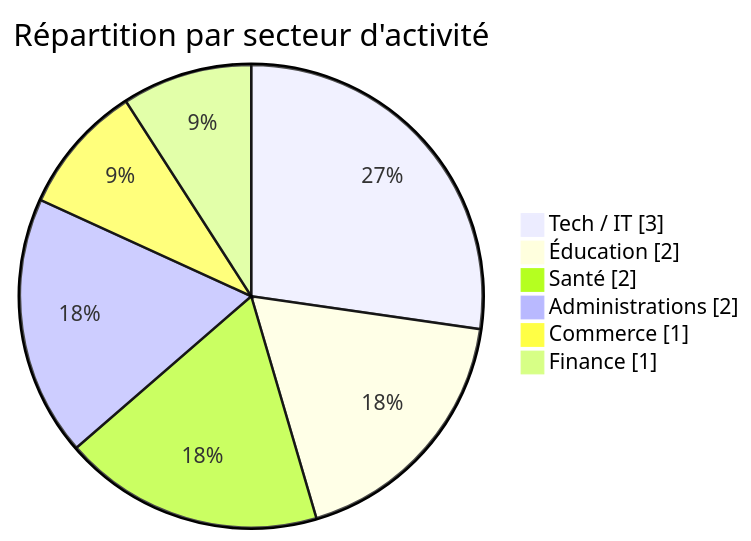
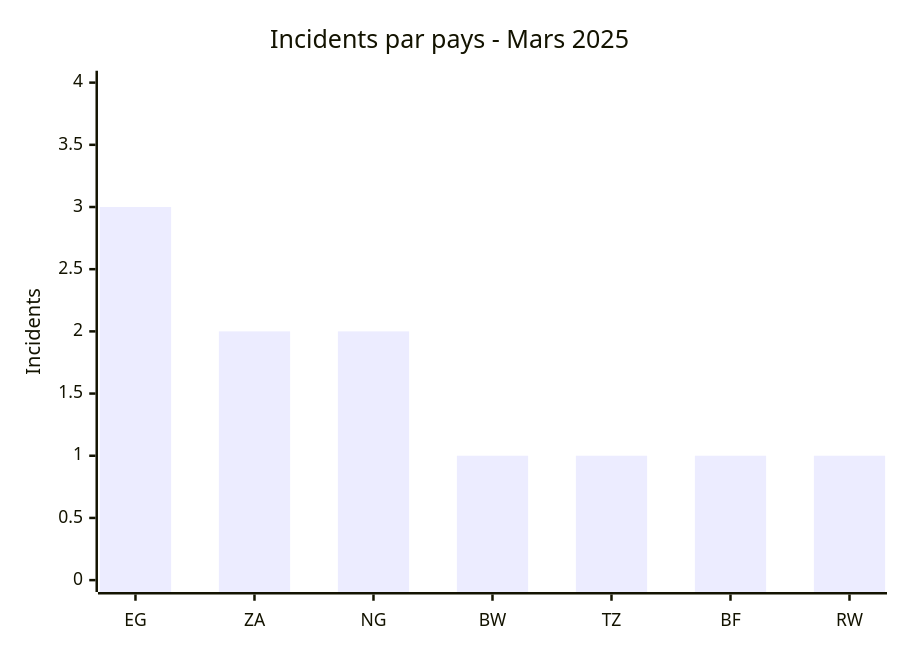
Before and after one commit to Hatchepsoute/AFRINTEL: the second of 7 diagrams in CyberAttackAfrica/2025/03-march/README_FR.md, drawn with Mermaid. The commit also changed other lines of this file and 7 other files, not shown here.

````diff
--- a/CyberAttackAfrica/2025/03-march/README_FR.md
+++ b/CyberAttackAfrica/2025/03-march/README_FR.md
@@ -61,10 +87,7 @@
 ```mermaid
-pie showData
-    title Répartition par secteur d'activité
-    "Tech / IT" : 3
-    "Éducation" : 2
-    "Santé" : 2
-    "Administrations" : 2
-    "Commerce" : 1
-    "Finance" : 1
+xychart-beta
+    title "Incidents par pays - Mars 2025"
+    x-axis ["EG", "ZA", "NG", "BW", "TZ", "BF", "RW"]
+    y-axis "Incidents" 0 --> 4
+    bar [3, 2, 2, 1, 1, 1, 1]
 ```
````
